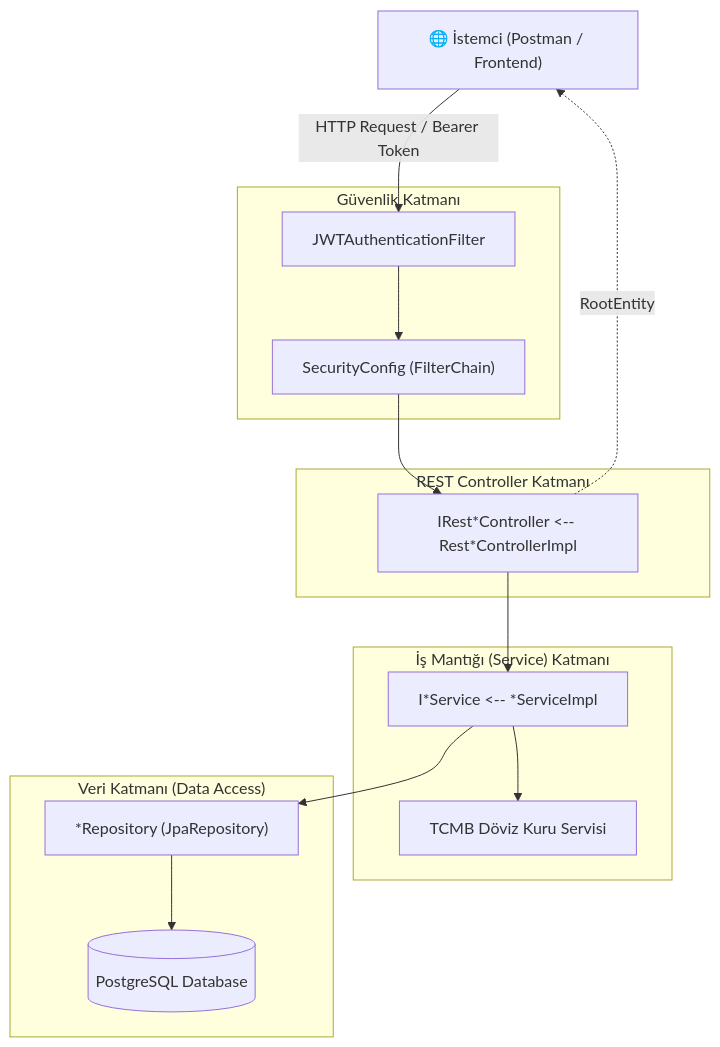
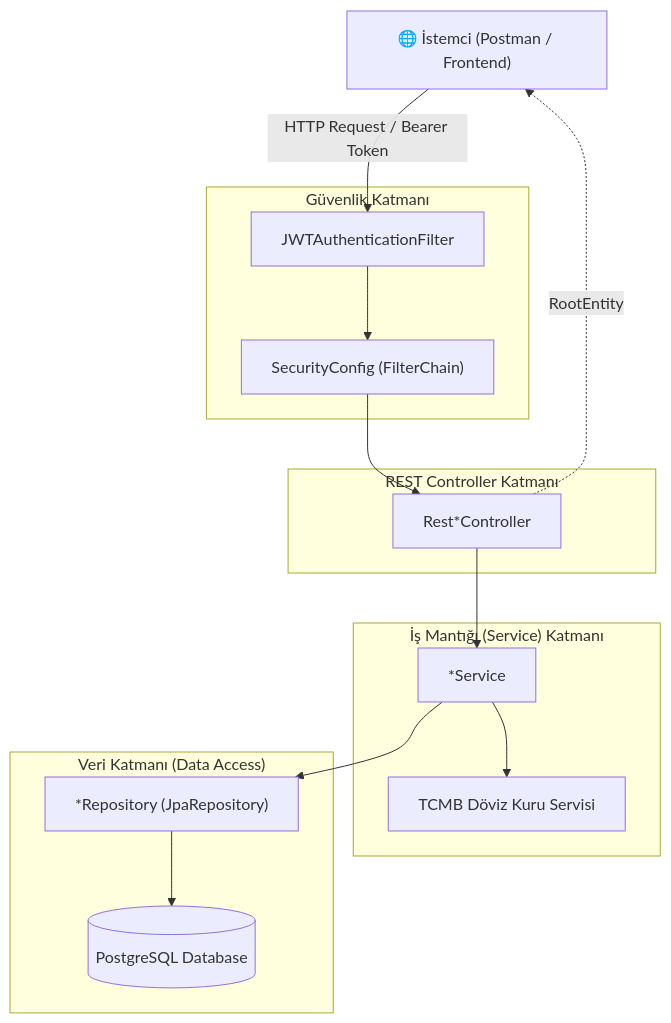
Before and after one commit to newSaianPrince/gallerist: the first of 4 diagrams in README.md, drawn with Mermaid. The commit also changed other lines of this file, not shown here.

````diff
--- a/README.md
+++ b/README.md
@@ -77,32 +78,32 @@
 ```mermaid
 graph TD
     Client["🌐 İstemci (Postman / Frontend)"]
     
     subgraph Security["Güvenlik Katmanı"]
         JWTFilter["JWTAuthenticationFilter"]
         SecConfig["SecurityConfig (FilterChain)"]
     end
     
     subgraph API["REST Controller Katmanı"]
-        RestCtrl["IRest*Controller &lt;-- Rest*ControllerImpl"]
+        RestCtrl["Rest*Controller"]
     end
 
     subgraph Business["İş Mantığı (Service) Katmanı"]
-        Service["I*Service &lt;-- *ServiceImpl"]
+        Service["*Service"]
         TCMB["TCMB Döviz Kuru Servisi"]
     end
 
     subgraph Data["Veri Katmanı (Data Access)"]
         Repo["*Repository (JpaRepository)"]
         DB[(PostgreSQL Database)]
     end
 
     Client -->|HTTP Request / Bearer Token| JWTFilter
     JWTFilter --> SecConfig
     SecConfig --> RestCtrl
     RestCtrl --> Service
     Service --> TCMB
     Service --> Repo
     Repo --> DB
     RestCtrl -.->|RootEntity<T>| Client
 ```
````
